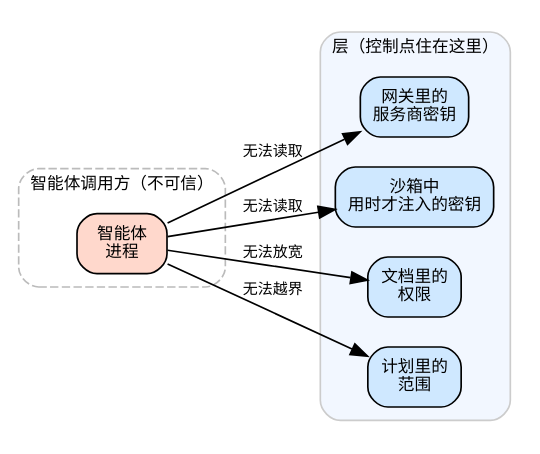
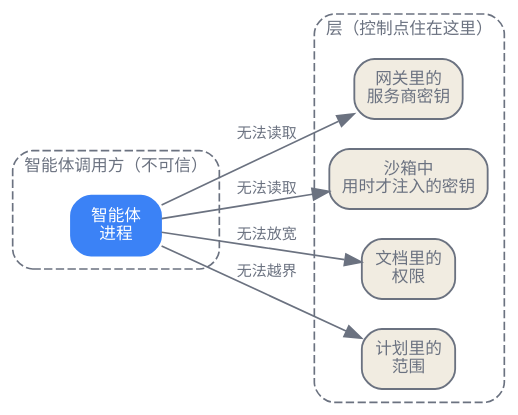
The first of 3 diagrams in zh/p9-ecosystem/36-tooling-ecosystem.qmd (latere-ai/ai-as-an-infrastructure), drawn with Graphviz before and after one commit. The commit also changed 186 other files, not shown here.

First line of the commit message:
book: visual audit pass on all diagrams and figures

````diff
--- a/zh/p9-ecosystem/36-tooling-ecosystem.qmd
+++ b/zh/p9-ecosystem/36-tooling-ecosystem.qmd
@@ -31,31 +31,32 @@
 ```{dot}
 //| label: fig-tooling-control-shift
 //| fig-cap: "同一个动作，做了四遍。每个原语都把一个控制点从智能体调用方里抬出来（在那里模型本可读到或绕过它），放进一个调用方必须经过的层。"
 digraph control_shift {
   rankdir=LR;
-  node [shape=box, style="rounded,filled", fontname="Helvetica", fontsize=10, fillcolor="#eeeeee"];
-  edge [fontname="Helvetica", fontsize=9];
+  bgcolor="transparent";
+  node [shape=box, style="rounded,filled", fontname="Helvetica", fontsize=10, fillcolor="#f1ece1", color="#6b7280", fontcolor="#6b7280", penwidth=1.1];
+  edge [fontname="Helvetica", fontsize=9, color="#6b7280", fontcolor="#6b7280"];
 
   subgraph cluster_caller {
     label="智能体调用方（不可信）";
     style="rounded,dashed";
-    fontname="Helvetica"; fontsize=10; color="#bbbbbb";
-    agent [label="智能体\n进程", fillcolor="#ffd8cc"];
+    fontname="Helvetica"; fontsize=10; fontcolor="#6b7280"; color="#6b7280";
+    agent [label="智能体\n进程", fillcolor="#3b82f6", fontcolor="white", color="#3b82f6"];
   }
 
   subgraph cluster_layer {
     label="层（控制点住在这里）";
-    style="rounded,filled"; fillcolor="#f2f7ff";
-    fontname="Helvetica"; fontsize=10; color="#cccccc";
-    key [label="网关里的\n服务商密钥", fillcolor="#cfe8ff"];
-    runtime [label="沙箱中\n用时才注入的密钥", fillcolor="#cfe8ff"];
-    perm [label="文档里的\n权限", fillcolor="#cfe8ff"];
-    plan [label="计划里的\n范围", fillcolor="#cfe8ff"];
+    style="rounded,dashed";
+    fontname="Helvetica"; fontsize=10; fontcolor="#6b7280"; color="#6b7280";
+    key [label="网关里的\n服务商密钥"];
+    runtime [label="沙箱中\n用时才注入的密钥"];
+    perm [label="文档里的\n权限"];
+    plan [label="计划里的\n范围"];
   }
 
   agent -> key [label="无法读取"];
   agent -> runtime [label="无法读取"];
   agent -> perm [label="无法放宽"];
   agent -> plan [label="无法越界"];
 }
 ```
````
